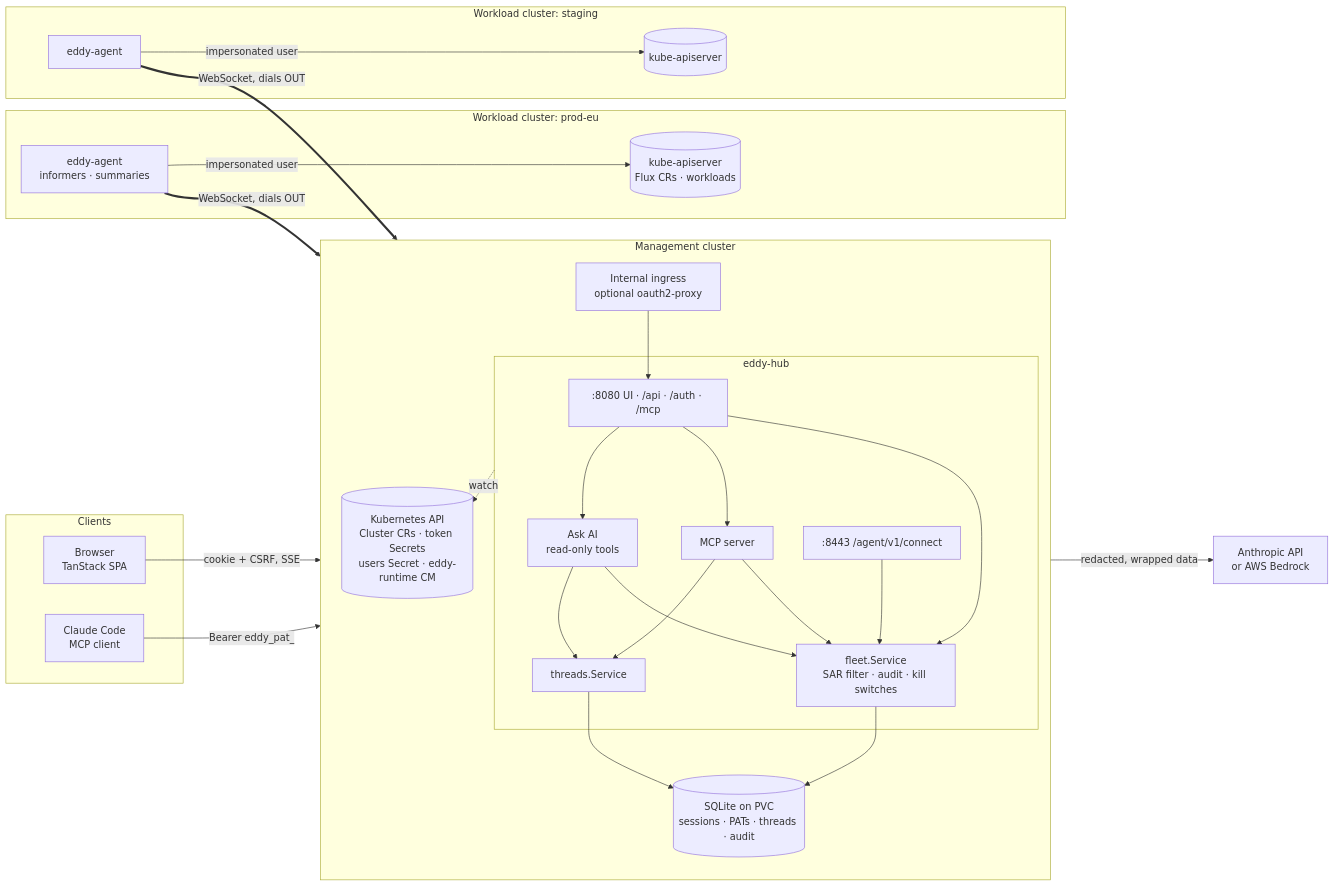
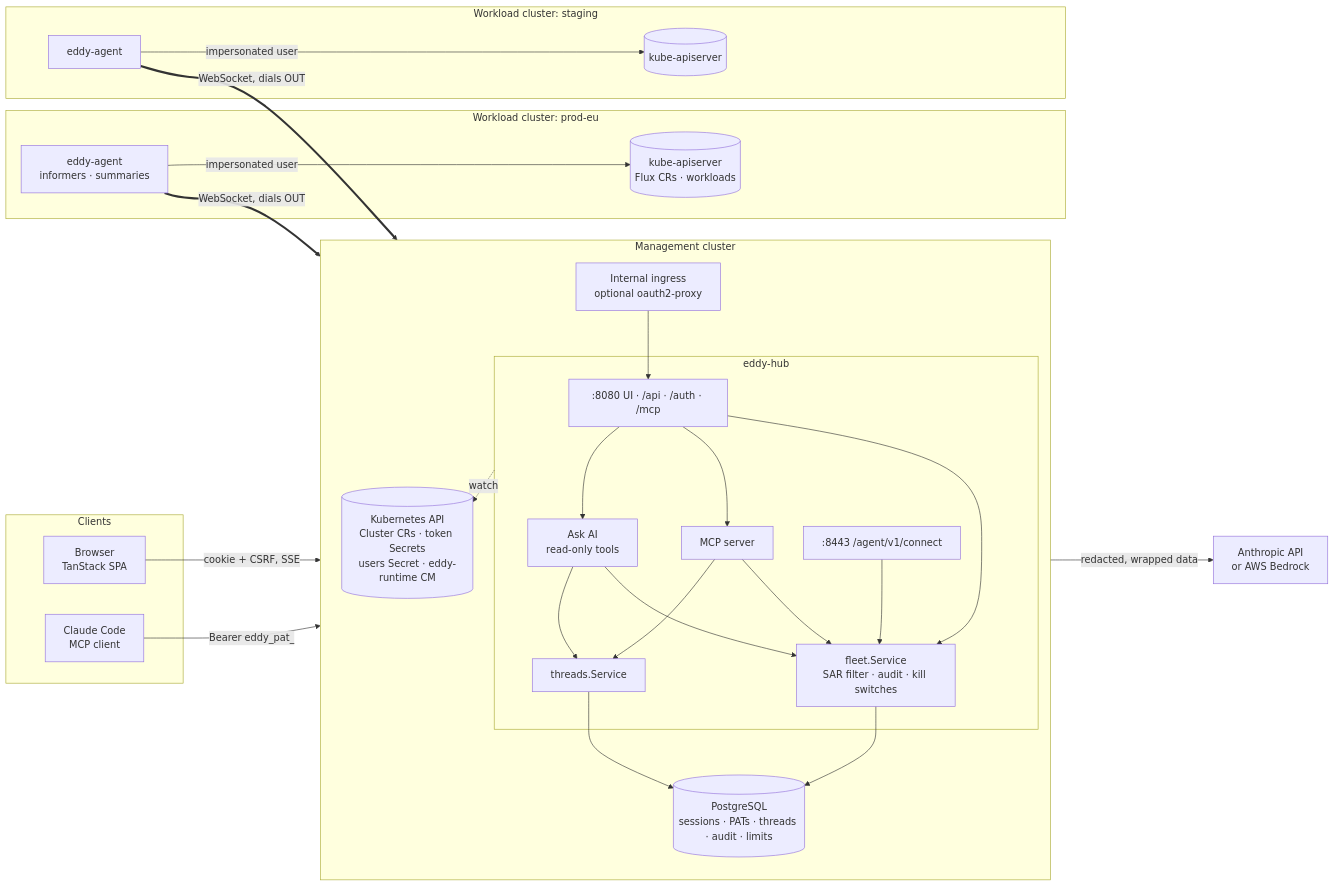
Before and after one commit to idestis/eddy: the first of 10 diagrams in docs/architecture.md, drawn with Mermaid. The commit also changed other lines of this file and 9 other files, not shown here.

````diff
--- a/docs/architecture.md
+++ b/docs/architecture.md
@@ -10,50 +10,50 @@
 ```mermaid
 flowchart LR
   subgraph Clients
     B[Browser<br/>TanStack SPA]
     CC[Claude Code<br/>MCP client]
   end
 
   subgraph MGMT[Management cluster]
     direction TB
     ING[Internal ingress<br/>optional oauth2-proxy]
     subgraph HUB[eddy-hub]
       UI[":8080 UI · /api · /auth · /mcp"]
       AG[":8443 /agent/v1/connect"]
       SVC[fleet.Service<br/>SAR filter · audit · kill switches]
       AI[Ask AI<br/>read-only tools]
       MCP[MCP server]
       TH[threads.Service]
     end
-    DB[(SQLite on PVC<br/>sessions · PATs · threads · audit)]
+    DB[(PostgreSQL<br/>sessions · PATs · threads · audit · limits)]
     K8S[(Kubernetes API<br/>Cluster CRs · token Secrets<br/>users Secret · eddy-runtime CM)]
   end
 
   subgraph W1[Workload cluster: prod-eu]
     A1[eddy-agent<br/>informers · summaries]
     API1[(kube-apiserver<br/>Flux CRs · workloads)]
   end
   subgraph W2[Workload cluster: staging]
     A2[eddy-agent]
     API2[(kube-apiserver)]
   end
 
   LLM[Anthropic API<br/>or AWS Bedrock]
 
   B -- cookie + CSRF, SSE --> ING --> UI
   CC -- Bearer eddy_pat_ --> ING
   UI --> SVC
   UI --> MCP --> SVC
   UI --> AI --> SVC
   MCP --> TH
   AI --> TH
   TH --> DB
   SVC --> DB
   HUB -. watch .-> K8S
   AI -- redacted, wrapped data --> LLM
   A1 == WebSocket, dials OUT ==> AG
   A2 == WebSocket, dials OUT ==> AG
   AG --> SVC
   A1 -- impersonated user --> API1
   A2 -- impersonated user --> API2
 ```
````
